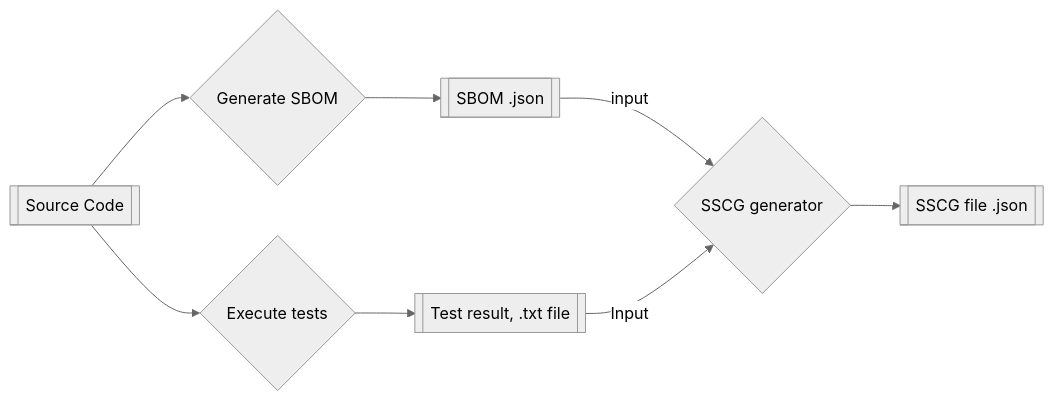
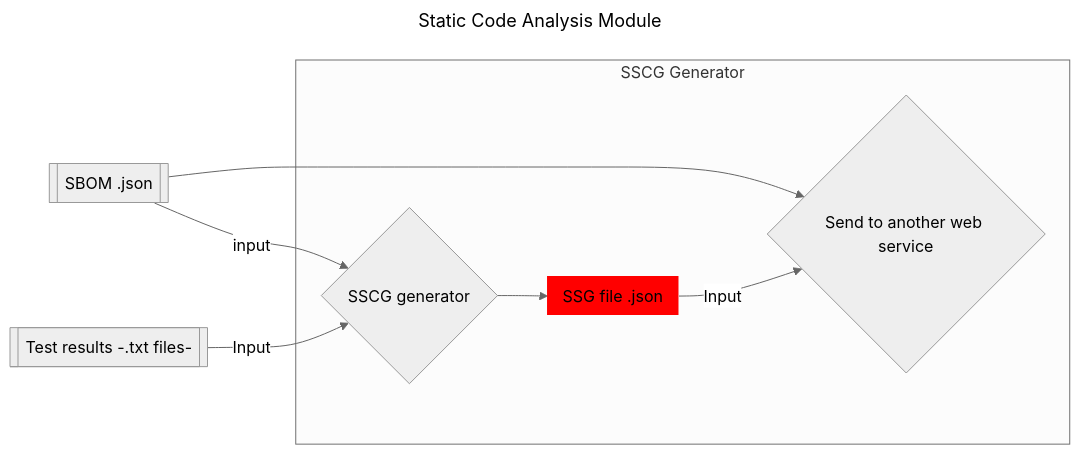
Before and after one commit to stritzinger/sscg_generator: the diagram in docs/sscg.md, drawn with Mermaid (neutral theme). The commit also changed other lines of this file and 12 other files, not shown here.

````diff
--- a/docs/sscg.md
+++ b/docs/sscg.md
@@ -12,10 +19,16 @@
 ```mermaid
+---
+title: Static Code Analysis Module
+---
 flowchart LR
-    Z[[Source Code]] --> Y{Generate SBOM}
-    Y --> C
-    Z[[Source Code]] --> A
-    A{Execute tests} --> B[[Test result, .txt file]] 
+    B[[ Test results -.txt files-]] 
     C[[SBOM .json]] -->|input| D
     B -->|Input| D{SSCG generator}
-    D --> E[[SSCG file .json]]
+    C --> F
+    
+    subgraph "SSCG Generator"
+        style E fill:red,stroke-width:0px
+        D --> E[[SSG file .json]]
+        E -->|Input| F{Send to another web service}
+    end
 ```
````
